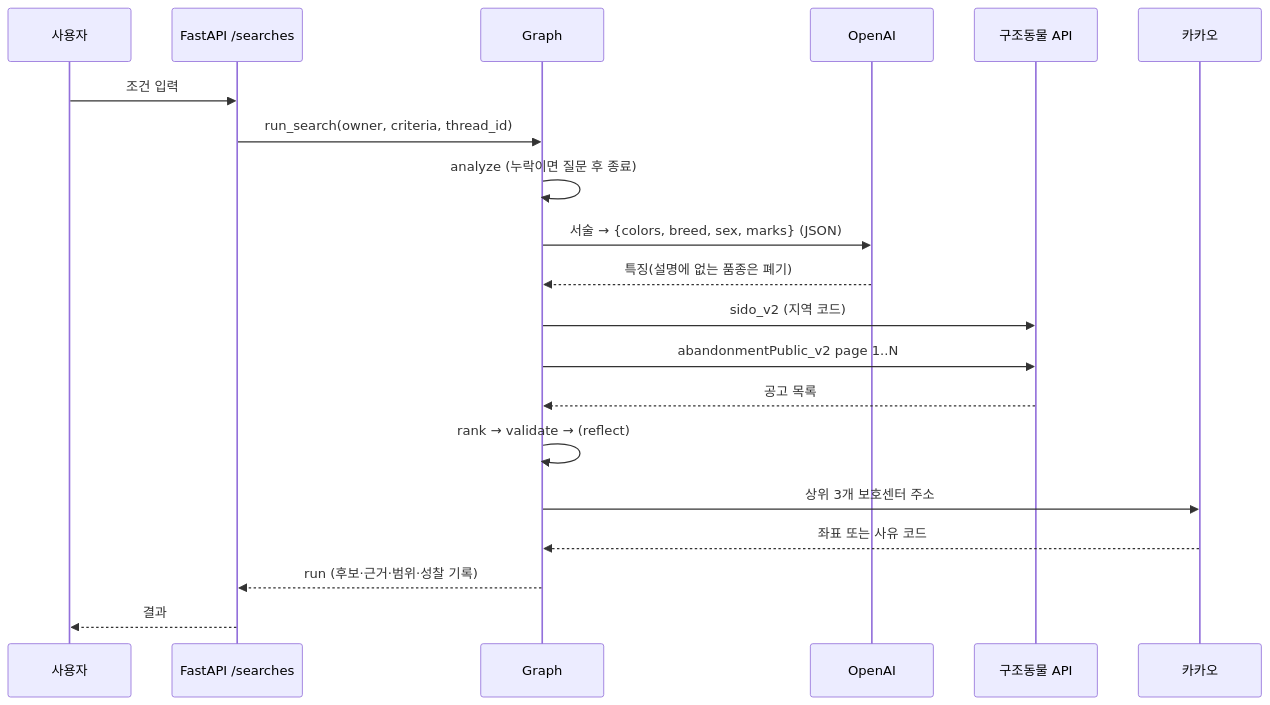
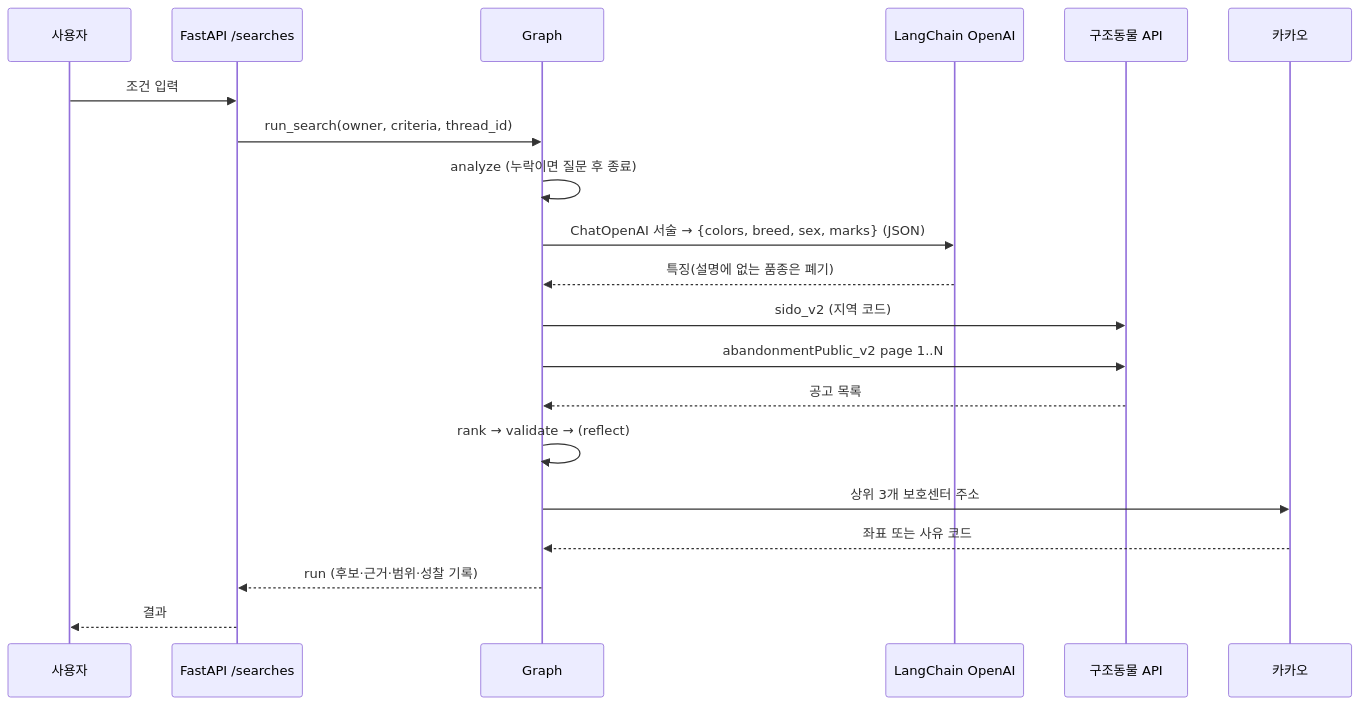
Before and after one commit to aio-03-p2-team1/aio-03-p2-team1: the second of 3 diagrams in docs/architecture.md, drawn with Mermaid. The commit also changed other lines of this file and 8 other files, not shown here.

Commit message:
refactor: AI 호출을 LangChain 클라이언트로 전환

````diff
--- a/docs/architecture.md
+++ b/docs/architecture.md
@@ -80,22 +80,22 @@
 ```mermaid
 sequenceDiagram
   participant U as 사용자
   participant API as FastAPI /searches
   participant G as Graph
-  participant LLM as OpenAI
+  participant LLM as LangChain OpenAI
   participant AN as 구조동물 API
   participant K as 카카오
   U->>API: 조건 입력
   API->>G: run_search(owner, criteria, thread_id)
   G->>G: analyze (누락이면 질문 후 종료)
-  G->>LLM: 서술 → {colors, breed, sex, marks} (JSON)
+  G->>LLM: ChatOpenAI 서술 → {colors, breed, sex, marks} (JSON)
   LLM-->>G: 특징(설명에 없는 품종은 폐기)
   G->>AN: sido_v2 (지역 코드)
   G->>AN: abandonmentPublic_v2 page 1..N
   AN-->>G: 공고 목록
   G->>G: rank → validate → (reflect)
   G->>K: 상위 3개 보호센터 주소
   K-->>G: 좌표 또는 사유 코드
   G-->>API: run (후보·근거·범위·성찰 기록)
   API-->>U: 결과
 ```
````
